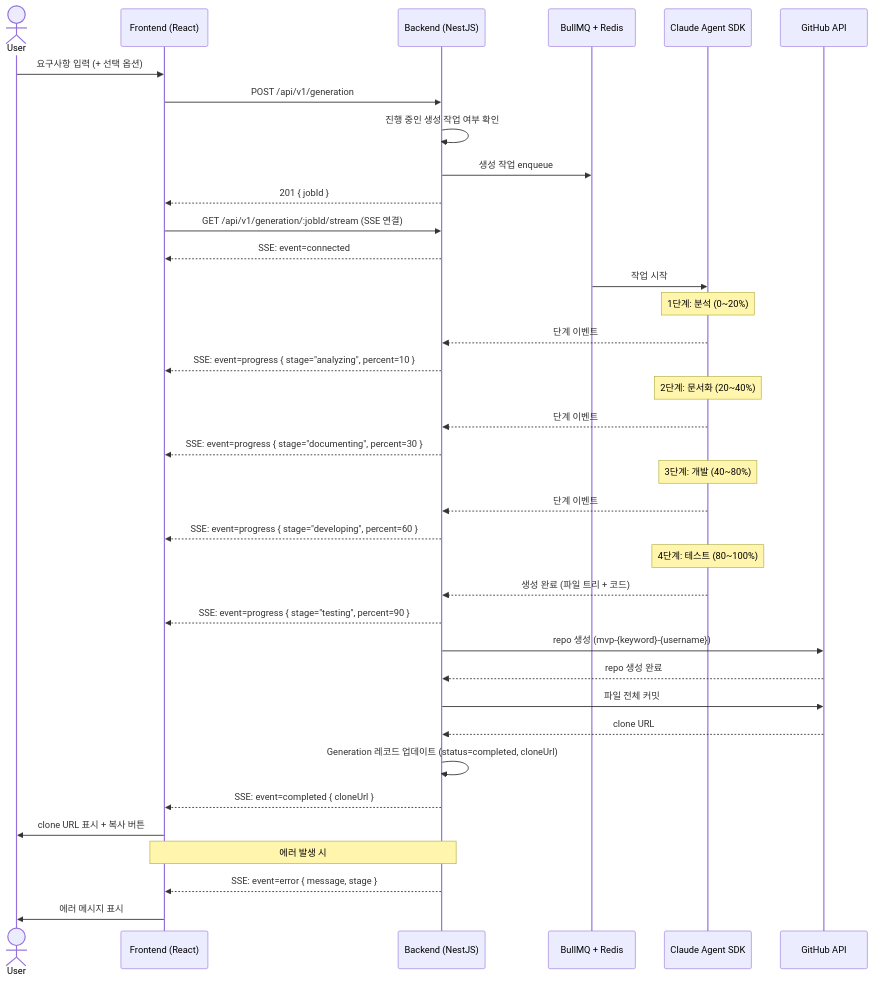
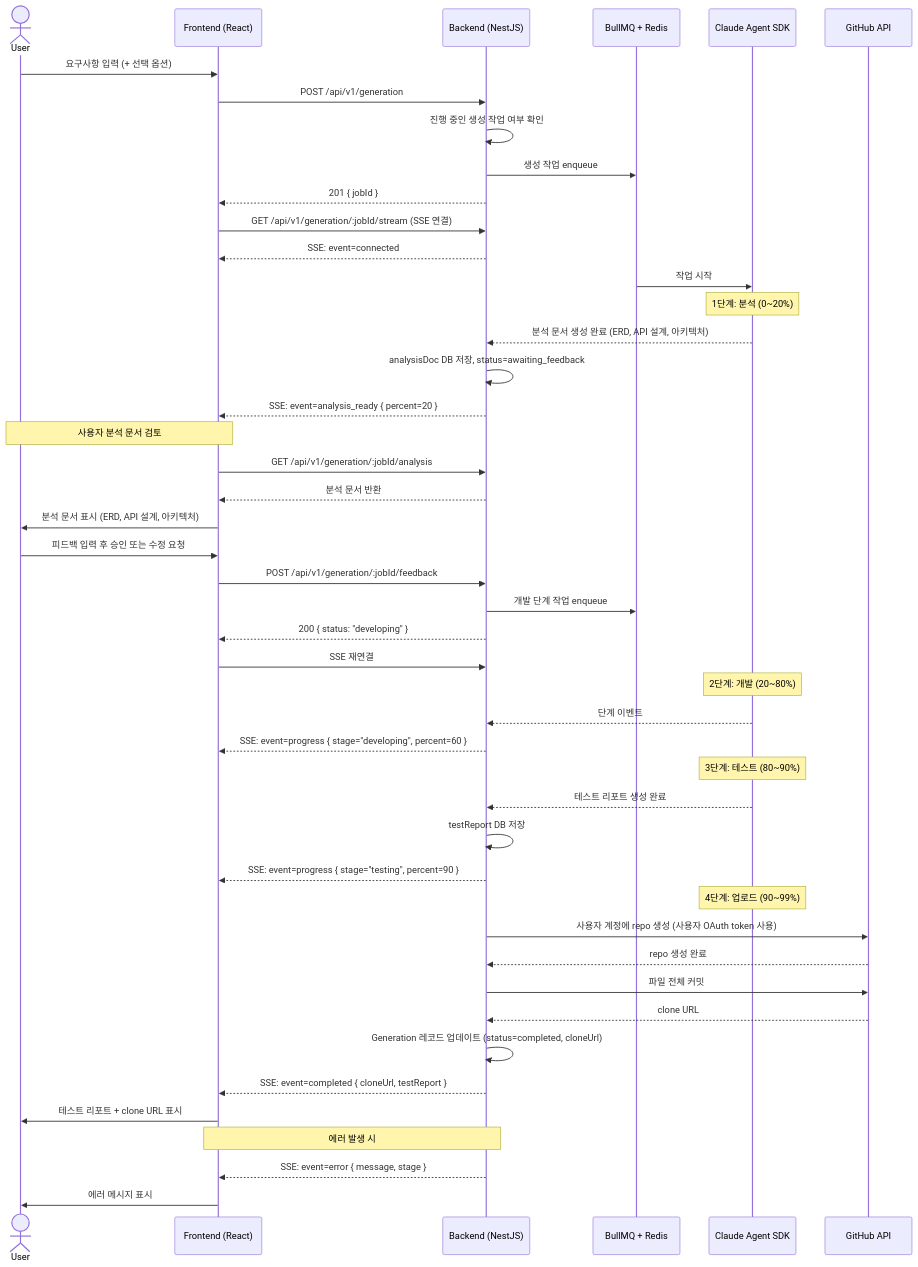
Before and after one commit to Gomdadi/mvp-builder: the second of 4 diagrams in docs/system-architecture.md, drawn with Mermaid. The commit also changed other lines of this file and 12 other files, not shown here.

````diff
--- a/docs/system-architecture.md
+++ b/docs/system-architecture.md
@@ -118,47 +120,57 @@
 ```mermaid
 sequenceDiagram
     actor User
     participant FE as Frontend (React)
     participant BE as Backend (NestJS)
     participant Queue as BullMQ + Redis
     participant Agent as Claude Agent SDK
     participant GH as GitHub API
 
     User->>FE: 요구사항 입력 (+ 선택 옵션)
     FE->>BE: POST /api/v1/generation
     BE->>BE: 진행 중인 생성 작업 여부 확인
     BE->>Queue: 생성 작업 enqueue
     BE-->>FE: 201 { jobId }
     FE->>BE: GET /api/v1/generation/:jobId/stream (SSE 연결)
     BE-->>FE: SSE: event=connected
 
     Queue->>Agent: 작업 시작
     Note over Agent: 1단계: 분석 (0~20%)
-    Agent-->>BE: 단계 이벤트
-    BE-->>FE: SSE: event=progress { stage="analyzing", percent=10 }
+    Agent-->>BE: 분석 문서 생성 완료 (ERD, API 설계, 아키텍처)
+    BE->>BE: analysisDoc DB 저장, status=awaiting_feedback
+    BE-->>FE: SSE: event=analysis_ready { percent=20 }
 
-    Note over Agent: 2단계: 문서화 (20~40%)
-    Agent-->>BE: 단계 이벤트
-    BE-->>FE: SSE: event=progress { stage="documenting", percent=30 }
+    Note over FE,User: 사용자 분석 문서 검토
+    FE->>BE: GET /api/v1/generation/:jobId/analysis
+    BE-->>FE: 분석 문서 반환
+    FE->>User: 분석 문서 표시 (ERD, API 설계, 아키텍처)
 
-    Note over Agent: 3단계: 개발 (40~80%)
+    User->>FE: 피드백 입력 후 승인 또는 수정 요청
+    FE->>BE: POST /api/v1/generation/:jobId/feedback
+    BE->>Queue: 개발 단계 작업 enqueue
+    BE-->>FE: 200 { status: "developing" }
+    FE->>BE: SSE 재연결
+
+    Note over Agent: 2단계: 개발 (20~80%)
     Agent-->>BE: 단계 이벤트
     BE-->>FE: SSE: event=progress { stage="developing", percent=60 }
 
-    Note over Agent: 4단계: 테스트 (80~100%)
-    Agent-->>BE: 생성 완료 (파일 트리 + 코드)
+    Note over Agent: 3단계: 테스트 (80~90%)
+    Agent-->>BE: 테스트 리포트 생성 완료
+    BE->>BE: testReport DB 저장
     BE-->>FE: SSE: event=progress { stage="testing", percent=90 }
 
-    BE->>GH: repo 생성 (mvp-{keyword}-{username})
+    Note over Agent: 4단계: 업로드 (90~99%)
+    BE->>GH: 사용자 계정에 repo 생성 (사용자 OAuth token 사용)
     GH-->>BE: repo 생성 완료
     BE->>GH: 파일 전체 커밋
     GH-->>BE: clone URL
 
     BE->>BE: Generation 레코드 업데이트 (status=completed, cloneUrl)
-    BE-->>FE: SSE: event=completed { cloneUrl }
-    FE->>User: clone URL 표시 + 복사 버튼
+    BE-->>FE: SSE: event=completed { cloneUrl, testReport }
+    FE->>User: 테스트 리포트 + clone URL 표시
 
     Note over BE,FE: 에러 발생 시
     BE-->>FE: SSE: event=error { message, stage }
     FE->>User: 에러 메시지 표시
 ```
````
